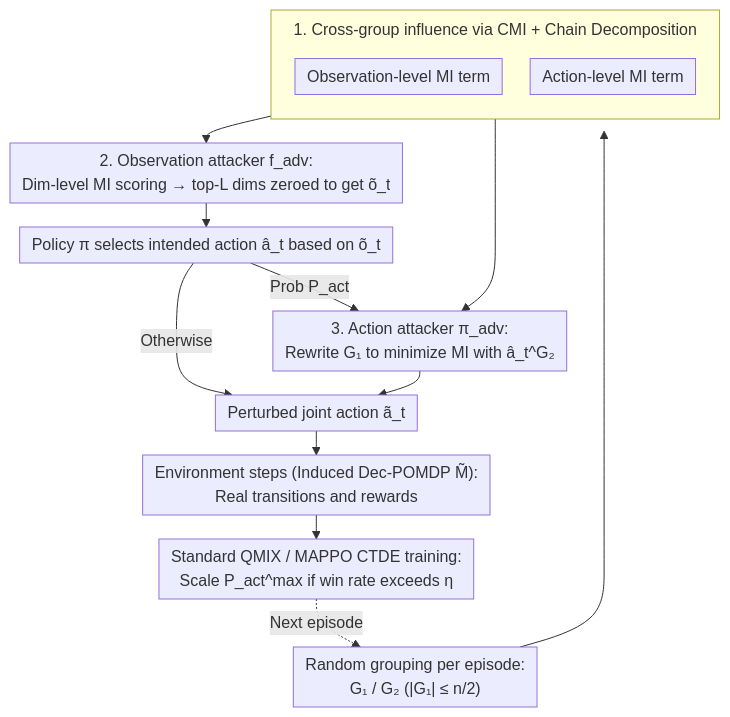
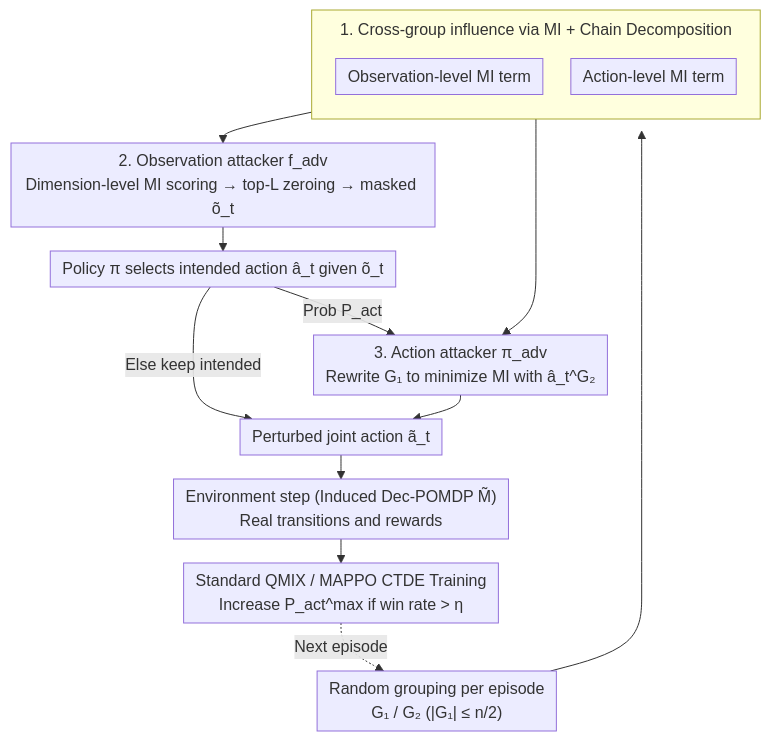
Before and after one commit to zhaoyang97/Paper-Notes-en: the diagram in docs/ICML2026/reinforcement_learning/interaction-breaking_adversarial_learning_framework_for_robust_multi-agent_reinf.md, drawn with Mermaid. The commit also changed other lines of this file and 5084 other files, not shown here.

````diff
--- a/docs/ICML2026/reinforcement_learning/interaction-breaking_adversarial_learning_framework_for_robust_multi-agent_reinf.md
+++ b/docs/ICML2026/reinforcement_learning/interaction-breaking_adversarial_learning_framework_for_robust_multi-agent_reinf.md
@@ -46,19 +46,19 @@
 ```mermaid
 %%{init: {'flowchart': {'rankSpacing': 24, 'nodeSpacing': 28, 'padding': 6, 'wrappingWidth': 400, 'subGraphTitleMargin': {'top': 8, 'bottom': 16}}}}%%
 flowchart TD
-    A["Random grouping per episode:<br/>G₁ / G₂ (|G₁| ≤ n/2)"] --> S1
-    subgraph S1["1. Cross-group influence via CMI + Chain Decomposition"]
+    A["Random grouping per episode<br/>G₁ / G₂ (|G₁| ≤ n/2)"] --> S1
+    subgraph S1["1. Cross-group influence via MI + Chain Decomposition"]
         direction TB
         M1["Observation-level MI term"]
         M2["Action-level MI term"]
     end
-    M1 --> B["2. Observation attacker f_adv:<br/>Dim-level MI scoring → top-L dims zeroed to get õ_t"]
-    B --> C["Policy π selects intended action â_t based on õ_t"]
-    C -->|Prob P_act| D["3. Action attacker π_adv:<br/>Rewrite G₁ to minimize MI with â_t^G₂"]
+    M1 --> B["2. Observation attacker f_adv<br/>Dimension-level MI scoring → top-L zeroing → masked õ_t"]
+    B --> C["Policy π selects intended action â_t given õ_t"]
+    C -->|Prob P_act| D["3. Action attacker π_adv<br/>Rewrite G₁ to minimize MI with â_t^G₂"]
     M2 --> D
-    C -->|Otherwise| E["Perturbed joint action ã_t"]
+    C -->|Else keep intended| E["Perturbed joint action ã_t"]
     D --> E
-    E --> F["Environment steps (Induced Dec-POMDP M̃):<br/>Real transitions and rewards"]
-    F --> G["Standard QMIX / MAPPO CTDE training:<br/>Scale P_act^max if win rate exceeds η"]
+    E --> F["Environment step (Induced Dec-POMDP M̃)<br/>Real transitions and rewards"]
+    F --> G["Standard QMIX / MAPPO CTDE Training<br/>Increase P_act^max if win rate > η"]
     G -.Next episode.-> A
 ```
````
